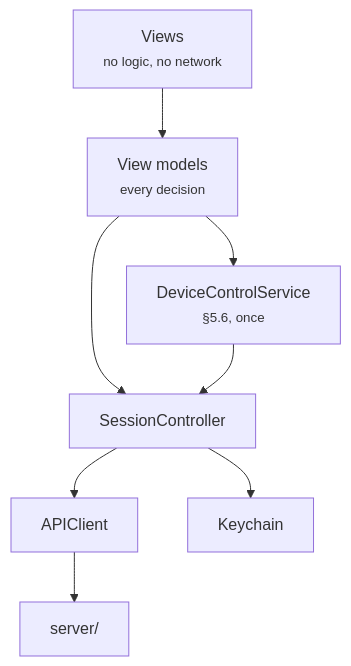
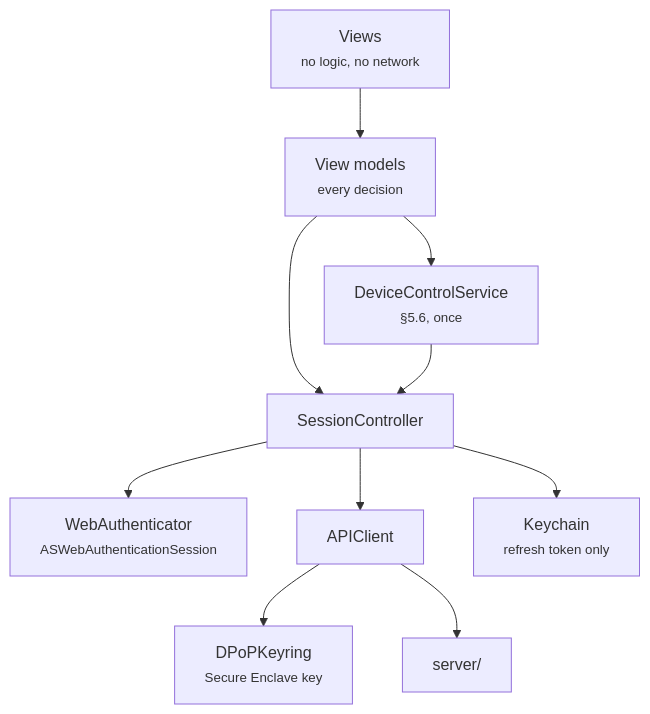
The seventh of 7 diagrams in docs/architecture.md (ksypinro/MCP-UI), drawn with Mermaid before and after one commit. The commit also changed other lines of this file and 52 other files, not shown here.

````diff
--- a/docs/architecture.md
+++ b/docs/architecture.md
@@ -369,10 +375,12 @@
 ```mermaid
 graph TB
     views["Views<br/><small>no logic, no network</small>"] --> vm["View models<br/><small>every decision</small>"]
     vm --> dcs["DeviceControlService<br/><small>§5.6, once</small>"]
     vm --> sc["SessionController"]
     dcs --> sc
+    sc --> web["WebAuthenticator<br/><small>ASWebAuthenticationSession</small>"]
     sc --> api["APIClient"]
-    sc --> kc["Keychain"]
+    sc --> kc["Keychain<br/><small>refresh token only</small>"]
+    api --> key["DPoPKeyring<br/><small>Secure Enclave key</small>"]
     api --> server["server/"]
 ```
````
